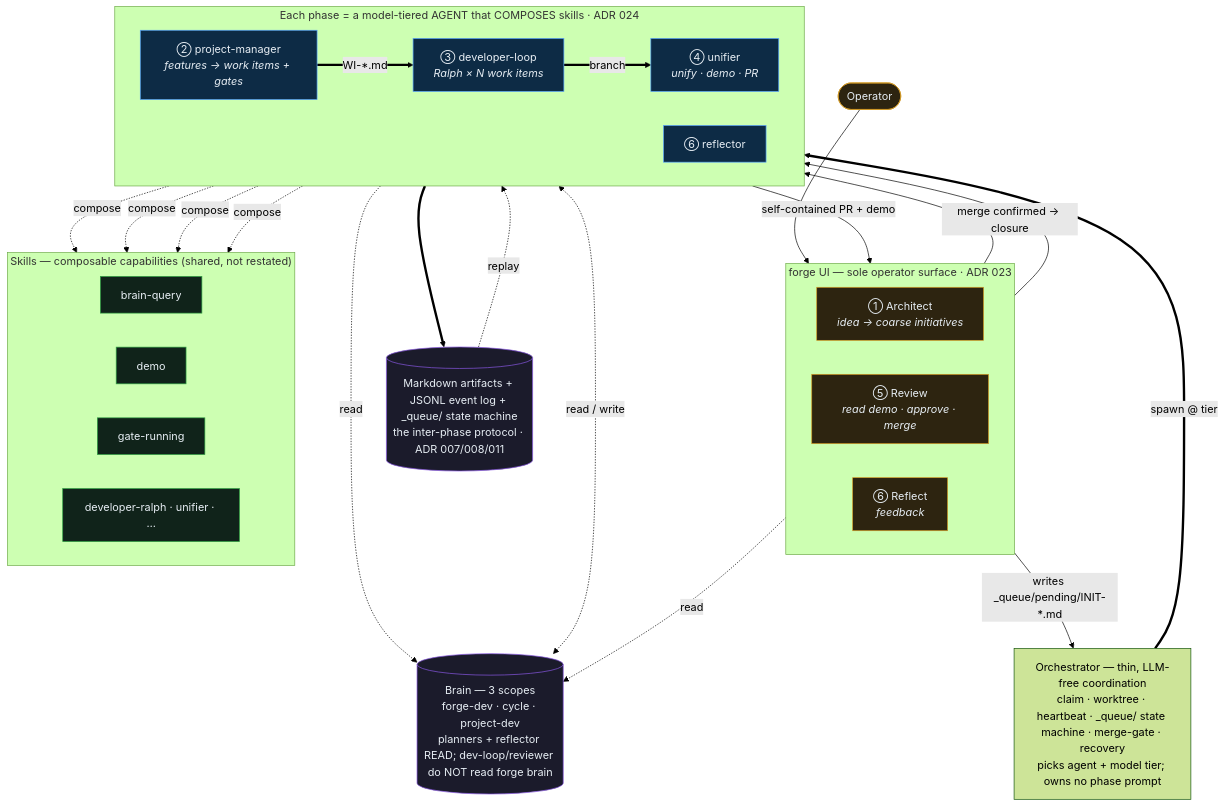
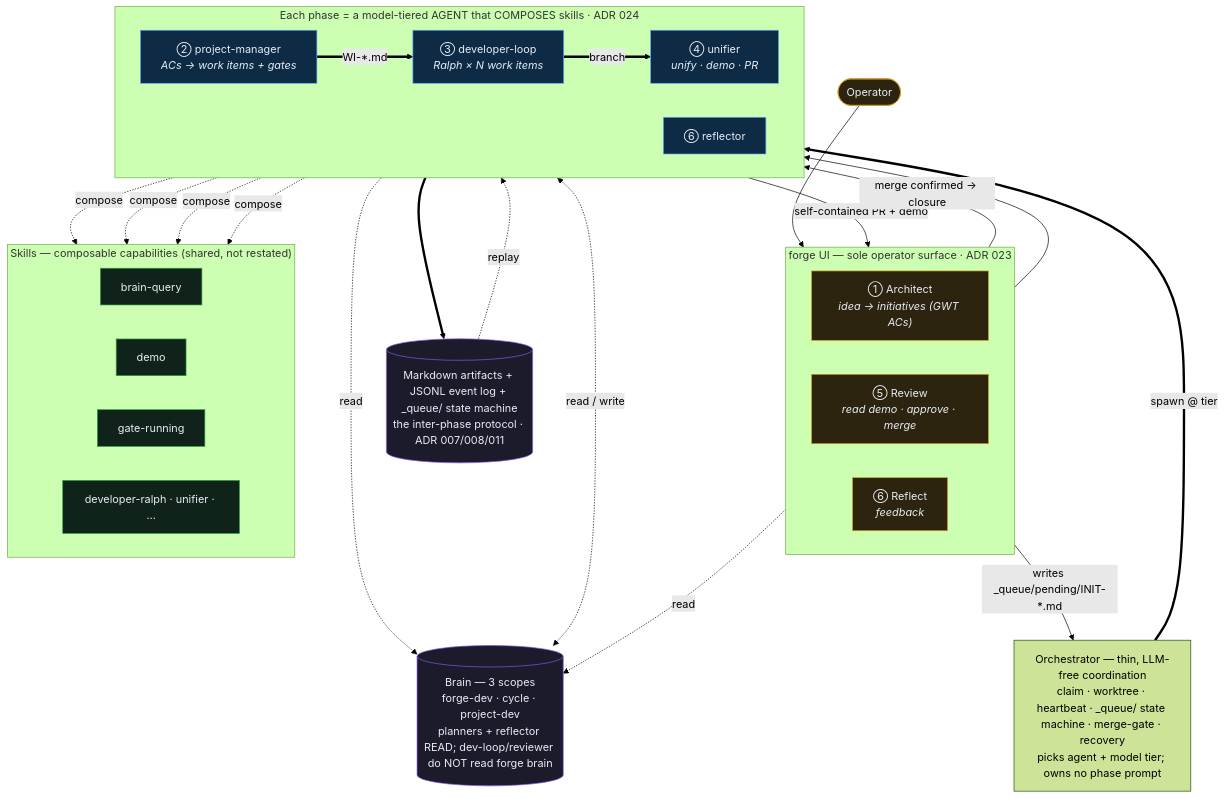
Before and after one commit to parsoFish/forge-studio: the first of 4 diagrams in docs/architecture/refocus-architecture/Component-Relationships.md, drawn with Mermaid (forest theme). The commit also changed other lines of this file and 38 other files, not shown here.

First line of the commit message:
refactor(forge): remove the feature layer — initiatives → work-items

````diff
--- a/docs/architecture/refocus-architecture/Component-Relationships.md
+++ b/docs/architecture/refocus-architecture/Component-Relationships.md
@@ -27,58 +30,58 @@
 ```mermaid
 flowchart TB
     OP(["Operator"])
 
     subgraph UI["forge UI — sole operator surface · ADR 023"]
       direction LR
-      AR["① Architect<br/><i>idea → coarse initiatives</i>"]
+      AR["① Architect<br/><i>idea → initiatives (GWT ACs)</i>"]
       RV["⑤ Review<br/><i>read demo · approve · merge</i>"]
       RF["⑥ Reflect<br/><i>feedback</i>"]
     end
 
     ORCH["Orchestrator — thin, LLM-free coordination<br/>claim · worktree · heartbeat · _queue/ state machine · merge-gate · recovery<br/>picks agent + model tier; owns no phase prompt"]
 
     subgraph PHASES["Each phase = a model-tiered AGENT that COMPOSES skills · ADR 024"]
       direction LR
-      PM["② project-manager<br/><i>features → work items + gates</i>"]
+      PM["② project-manager<br/><i>ACs → work items + gates</i>"]
       DV["③ developer-loop<br/><i>Ralph × N work items</i>"]
       UN["④ unifier<br/><i>unify · demo · PR</i>"]
       RFL["⑥ reflector"]
     end
 
     subgraph CAP["Skills — composable capabilities (shared, not restated)"]
       direction LR
       S1["brain-query"]
       S2["demo"]
       S3["gate-running"]
       S4["developer-ralph · unifier · …"]
     end
 
     BRAIN[("Brain — 3 scopes<br/>forge-dev · cycle · project-dev<br/>planners + reflector READ; dev-loop/reviewer do NOT read forge brain")]
     PROTO[("Markdown artifacts + JSONL event log + _queue/ state machine<br/>the inter-phase protocol · ADR 007/008/011")]
 
     OP --> UI
     AR -->|writes _queue/pending/INIT-*.md| ORCH
     ORCH ==>|spawn @ tier| PM
     PM ==>|WI-*.md| DV ==>|branch| UN
     UN -->|self-contained PR + demo| RV
     RV -->|merge confirmed → closure| RFL
     PM -.compose.-> CAP
     DV -.compose.-> CAP
     UN -.compose.-> CAP
     RFL -.compose.-> CAP
     PM -.read.-> BRAIN
     AR -.read.-> BRAIN
     RFL <-.read / write.-> BRAIN
     PHASES ==> PROTO
     PROTO -.replay.-> RFL
     RF --> RFL
 
     classDef human fill:#2d2410,stroke:#d29922,color:#e6edf3;
     classDef agent fill:#0d2b45,stroke:#58a6ff,color:#e6edf3;
     classDef cap fill:#10231a,stroke:#2ea043,color:#e6edf3;
     classDef store fill:#1b1b2b,stroke:#8957e5,color:#e6edf3;
     class OP,AR,RV,RF human;
     class PM,DV,UN,RFL agent;
     class S1,S2,S3,S4 cap;
     class BRAIN,PROTO store;
 ```
````
